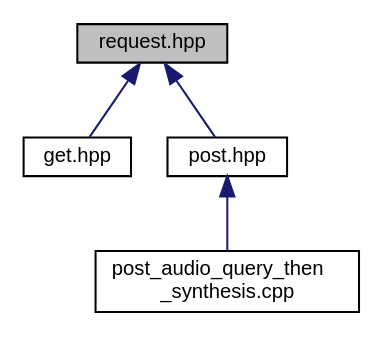
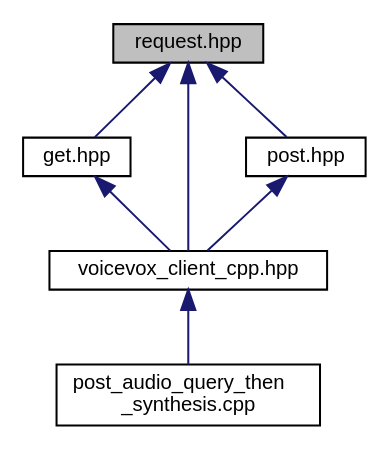
Before and after one commit to fugashy/voicevox_client_cpp: the diagram in request_8hpp__dep__incl.dot, drawn with Graphviz. The commit also changed 49 other files, not shown here.

```diff
--- a/request_8hpp__dep__incl.dot
+++ b/request_8hpp__dep__incl.dot
@@ -1,13 +1,17 @@
 digraph "request.hpp"
 {
  // LATEX_PDF_SIZE
   edge [fontname="Helvetica",fontsize="10",labelfontname="Helvetica",labelfontsize="10"];
   node [fontname="Helvetica",fontsize="10",shape=record];
   Node1 [label="request.hpp",height=0.2,width=0.4,color="black", fillcolor="grey75", style="filled", fontcolor="black",tooltip=" "];
   Node1 -> Node2 [dir="back",color="midnightblue",fontsize="10",style="solid",fontname="Helvetica"];
   Node2 [label="get.hpp",height=0.2,width=0.4,color="black", fillcolor="white", style="filled",URL="$get_8hpp.html",tooltip=" "];
-  Node1 -> Node3 [dir="back",color="midnightblue",fontsize="10",style="solid",fontname="Helvetica"];
-  Node3 [label="post.hpp",height=0.2,width=0.4,color="black", fillcolor="white", style="filled",URL="$post_8hpp.html",tooltip=" "];
+  Node2 -> Node3 [dir="back",color="midnightblue",fontsize="10",style="solid",fontname="Helvetica"];
+  Node3 [label="voicevox_client_cpp.hpp",height=0.2,width=0.4,color="black", fillcolor="white", style="filled",URL="$voicevox__client__cpp_8hpp.html",tooltip=" "];
   Node3 -> Node4 [dir="back",color="midnightblue",fontsize="10",style="solid",fontname="Helvetica"];
   Node4 [label="post_audio_query_then\l_synthesis.cpp",height=0.2,width=0.4,color="black", fillcolor="white", style="filled",URL="$post__audio__query__then__synthesis_8cpp.html",tooltip=" "];
+  Node1 -> Node5 [dir="back",color="midnightblue",fontsize="10",style="solid",fontname="Helvetica"];
+  Node5 [label="post.hpp",height=0.2,width=0.4,color="black", fillcolor="white", style="filled",URL="$post_8hpp.html",tooltip=" "];
+  Node5 -> Node3 [dir="back",color="midnightblue",fontsize="10",style="solid",fontname="Helvetica"];
+  Node1 -> Node3 [dir="back",color="midnightblue",fontsize="10",style="solid",fontname="Helvetica"];
 }
```
